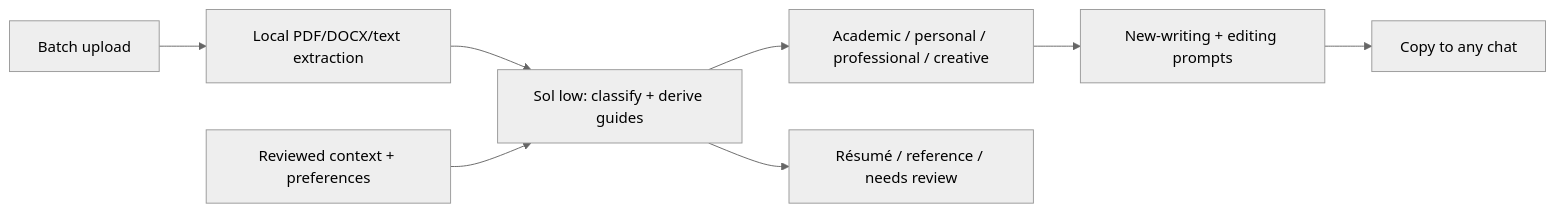
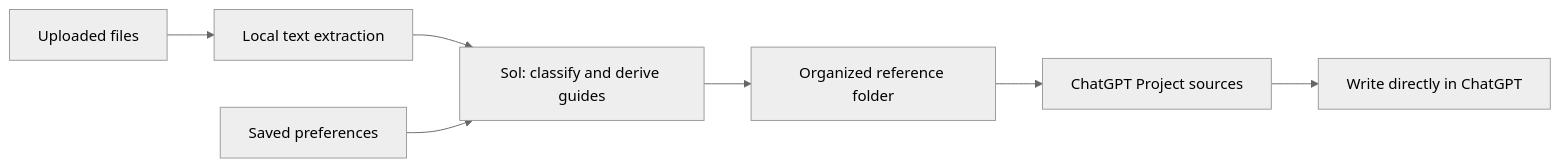
Before and after one commit to 3nboyd/partition-writing: the diagram in MODEL_MAP.md, drawn with Mermaid (neutral theme). The commit also changed other lines of this file and 10 other files, not shown here.

Commit message:
Refine project documentation and add local Mac launchers

````diff
--- a/MODEL_MAP.md
+++ b/MODEL_MAP.md
@@ -7,10 +7,9 @@
 ```mermaid
 flowchart LR
-  Upload[Batch upload] --> Extract[Local PDF/DOCX/text extraction]
-  Extract --> Sol[Sol low: classify + derive guides]
-  Guidance[Reviewed context + preferences] --> Sol
-  Sol --> Categories[Academic / personal / professional / creative]
-  Sol --> Background[Résumé / reference / needs review]
-  Categories --> Prompts[New-writing + editing prompts]
-  Prompts --> Chat[Copy to any chat]
+  Upload[Uploaded files] --> Extract[Local text extraction]
+  Extract --> Analysis[Sol: classify and derive guides]
+  Guidance[Saved preferences] --> Analysis
+  Analysis --> Folder[Organized reference folder]
+  Folder --> Project[ChatGPT Project sources]
+  Project --> Writing[Write directly in ChatGPT]
 ```
````
